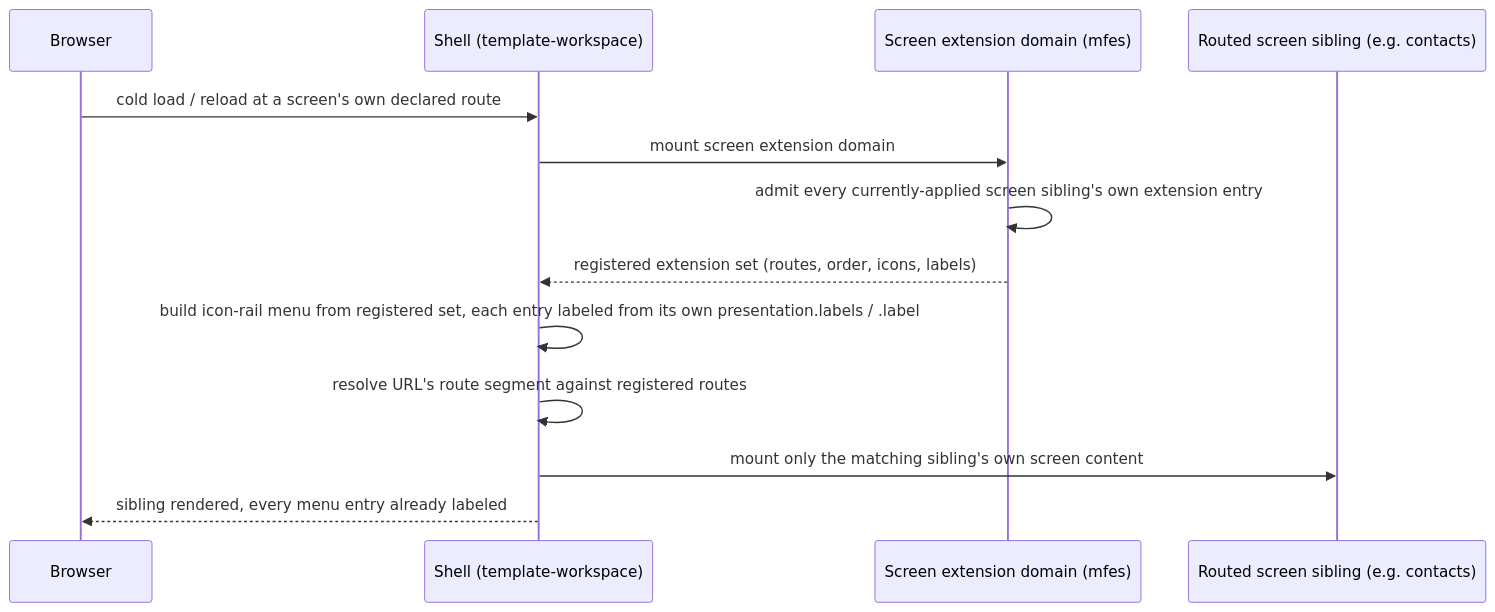
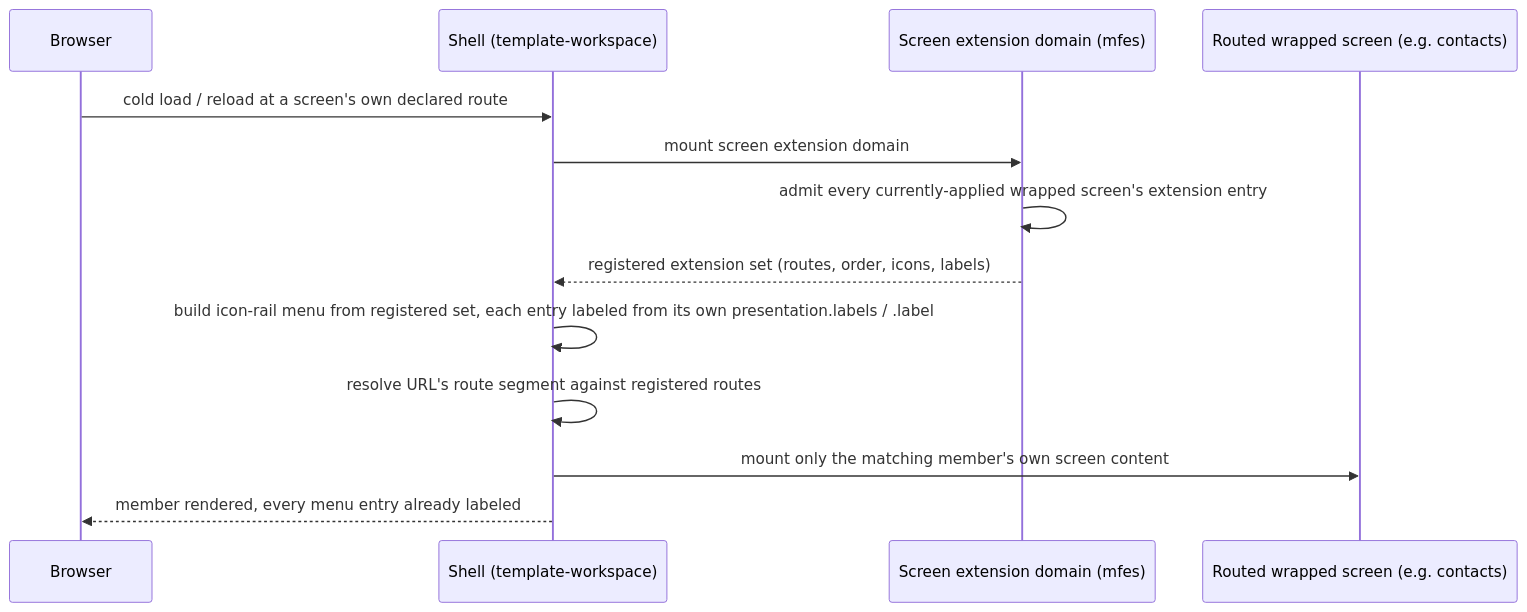
Before and after one commit to constructorfabric/gears-frontx-templates: the second of 2 diagrams in architecture/workspace-templates/DESIGN.md, drawn with Mermaid. The commit also changed other lines of this file and 3 other files, not shown here.

````diff
--- a/architecture/workspace-templates/DESIGN.md
+++ b/architecture/workspace-templates/DESIGN.md
@@ -351,15 +360,15 @@
 ```mermaid
 sequenceDiagram
     participant Browser
     participant Shell as Shell (template-workspace)
     participant Domain as Screen extension domain (mfes)
-    participant Screen as Routed screen sibling (e.g. contacts)
+    participant Screen as Routed wrapped screen (e.g. contacts)
     Browser->>Shell: cold load / reload at a screen's own declared route
     Shell->>Domain: mount screen extension domain
-    Domain->>Domain: admit every currently-applied screen sibling's own extension entry
+    Domain->>Domain: admit every currently-applied wrapped screen's extension entry
     Domain-->>Shell: registered extension set (routes, order, icons, labels)
     Shell->>Shell: build icon-rail menu from registered set, each entry labeled from its own presentation.labels / .label
     Shell->>Shell: resolve URL's route segment against registered routes
-    Shell->>Screen: mount only the matching sibling's own screen content
-    Shell-->>Browser: sibling rendered, every menu entry already labeled
+    Shell->>Screen: mount only the matching member's own screen content
+    Shell-->>Browser: member rendered, every menu entry already labeled
 ```
````
